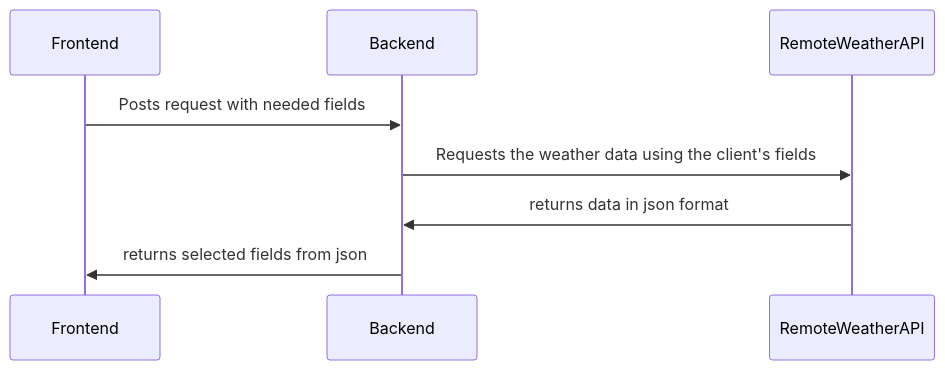
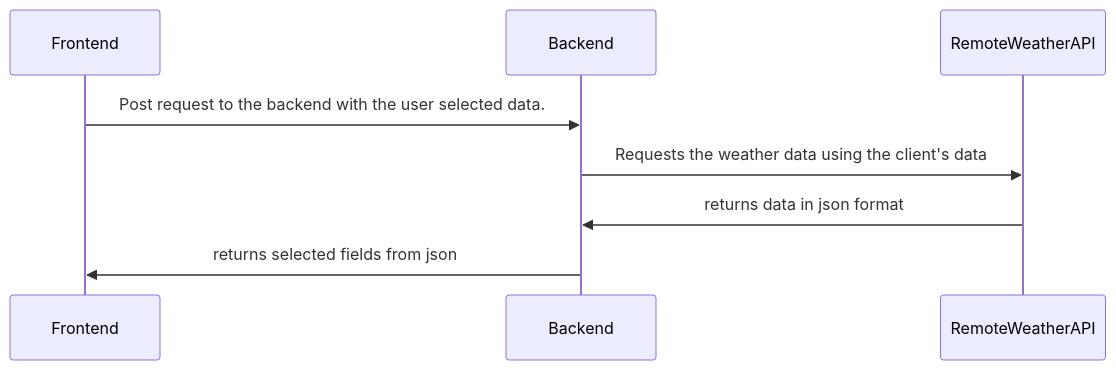
One commit to ido-nasi/Golden-Route-FullStack changed the second of 3 diagrams in README.md. Above: the diagram before and after it, drawn with Mermaid. The commit also changed other lines of this file, not shown here.

````diff
--- a/README.md
+++ b/README.md
@@ -40,12 +34,12 @@
 ```mermaid
 sequenceDiagram
     participant Frontend
     participant Backend
     participant RemoteWeatherAPI
     
-    Frontend ->> Backend: Posts request with  needed fields
-    Backend ->> RemoteWeatherAPI: Requests the weather data using the client's fields
+    Frontend ->> Backend: Post request to the backend with the user selected data.
+    Backend ->> RemoteWeatherAPI: Requests the weather data using the client's data
     RemoteWeatherAPI ->> Backend: returns data in json format
     Backend ->> Frontend: returns selected fields from json
 
 ```
````
